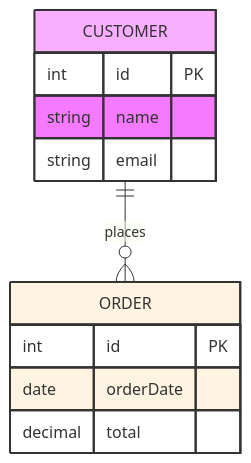
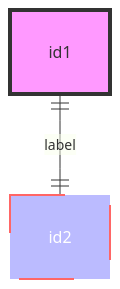
One commit to teachingai/full-stack-skills changed diagram 12 of 17 in skills/mermaid/examples/er.md. Above: the diagram before and after it, drawn with Mermaid. The commit also changed other lines of this file and 21 other files, not shown here.

First line of the commit message:
docs(mermaid): 更新架构、块、C4和类图示例文档

````diff
--- a/skills/mermaid/examples/er.md
+++ b/skills/mermaid/examples/er.md
@@ -141,17 +223,6 @@
 ```mermaid
 erDiagram
-    CUSTOMER {
-        int id PK
-        string name
-        string email
-    }
-    ORDER {
-        int id PK
-        date orderDate
-        decimal total
-    }
-    CUSTOMER ||--o{ ORDER : places
-
-    style CUSTOMER fill:#e1f5,stroke:#333,stroke-width:2px
-    style ORDER fill:#fff4e1,stroke:#333,stroke-width:2px
+    id1||--||id2 : label
+    style id1 fill:#f9f,stroke:#333,stroke-width:4px
+    style id2 fill:#bbf,stroke:#f66,stroke-width:2px,color:#fff,stroke-dasharray: 5 5
 ```
````
